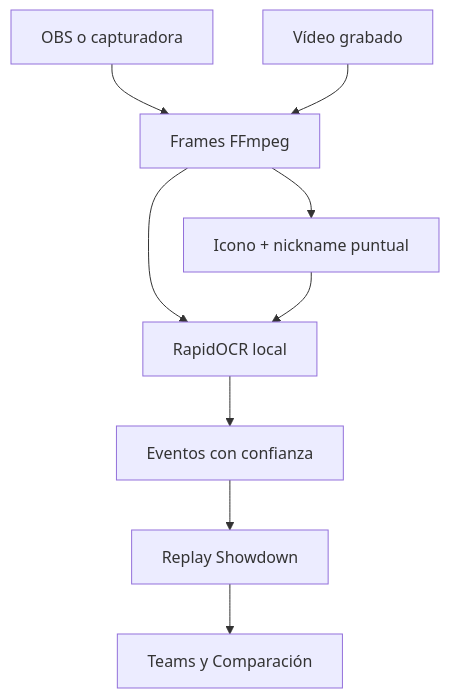
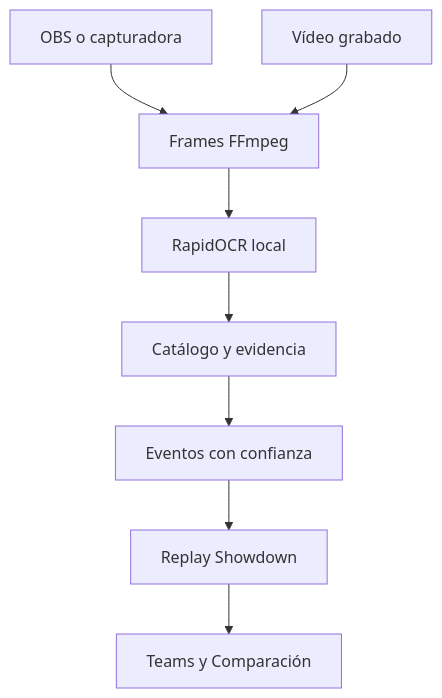
The diagram in docs/champions-replay.md (Iesyo/pkmn), drawn with Mermaid before and after one commit. The commit also changed other lines of this file and 7 other files, not shown here.

````diff
--- a/docs/champions-replay.md
+++ b/docs/champions-replay.md
@@ -11,11 +11,10 @@
 ```mermaid
 flowchart TD
     LIVE[OBS o capturadora] --> FRAMES[Frames FFmpeg]
     VIDEO[Vídeo grabado] --> FRAMES
     FRAMES --> OCR[RapidOCR local]
-    FRAMES --> HUD[Icono + nickname puntual]
-    HUD --> OCR
-    OCR --> EVENTS[Eventos con confianza]
+    OCR --> RULES[Catálogo y evidencia]
+    RULES --> EVENTS[Eventos con confianza]
     EVENTS --> REPLAY[Replay Showdown]
     REPLAY --> STATS[Teams y Comparación]
 ```
````
